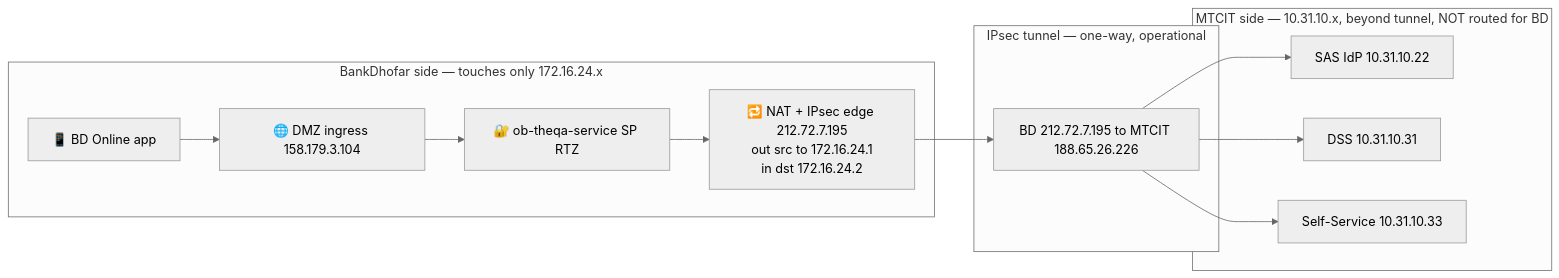
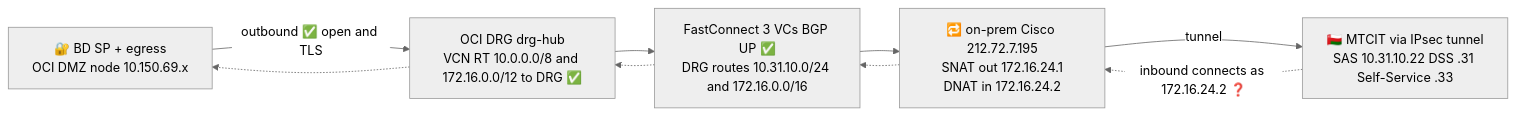
Before and after one commit to alierenbaysal/open-banking-mobile-v2: the second of 2 diagrams in theqa-integration-artifacts/THEQA_Traffic_Flow.md, drawn with Mermaid (neutral theme). The commit also changed other lines of this file, not shown here.

Commit message:
docs(theqa): update diagrams — outbound OK (open+TLS), topology shows OCI->DRG->FastConnect->Cisco->tunnel, inbound mirror via 172.16.24.2, and ACS POST also 500s on python-multipart (#15)

````diff
--- a/theqa-integration-artifacts/THEQA_Traffic_Flow.md
+++ b/theqa-integration-artifacts/THEQA_Traffic_Flow.md
@@ -75,22 +76,11 @@
 ```mermaid
 flowchart LR
-    subgraph BD["BankDhofar side — touches only 172.16.24.x"]
-        APP["📱 BD Online app"]
-        ING["🌐 DMZ ingress 158.179.3.104"]
-        SP["🔐 ob-theqa-service SP RTZ"]
-        NAT["🔁 NAT + IPsec edge 212.72.7.195<br>out src to 172.16.24.1<br>in dst 172.16.24.2"]
-    end
-    subgraph TUN["IPsec tunnel — one-way, operational"]
-        T["BD 212.72.7.195 to MTCIT 188.65.26.226"]
-    end
-    subgraph MTCIT["MTCIT side — 10.31.10.x, beyond tunnel, NOT routed for BD"]
-        SAS["SAS IdP 10.31.10.22"]
-        DSS["DSS 10.31.10.31"]
-        SS["Self-Service 10.31.10.33"]
-    end
-    APP --> ING --> SP --> NAT
-    NAT --> T
-    T --> SAS
-    T --> DSS
-    T --> SS
+    SP["🔐 BD SP + egress<br>OCI DMZ node 10.150.69.x"]
+    DRG["OCI DRG drg-hub<br>VCN RT 10.0.0.0/8 and 172.16.0.0/12 to DRG ✅"]
+    VC["FastConnect 3 VCs BGP UP ✅<br>DRG routes 10.31.10.0/24 and 172.16.0.0/16"]
+    CISCO["🔁 on-prem Cisco 212.72.7.195<br>SNAT out 172.16.24.1<br>DNAT in 172.16.24.2"]
+    MTCIT["🇴🇲 MTCIT via IPsec tunnel<br>SAS 10.31.10.22 DSS .31 Self-Service .33"]
+
+    SP -->|outbound ✅ open and TLS| DRG --> VC --> CISCO -->|tunnel| MTCIT
+    MTCIT -.->|inbound connects as 172.16.24.2 ❓| CISCO -.-> VC -.-> DRG -.-> SP
 ```
````
